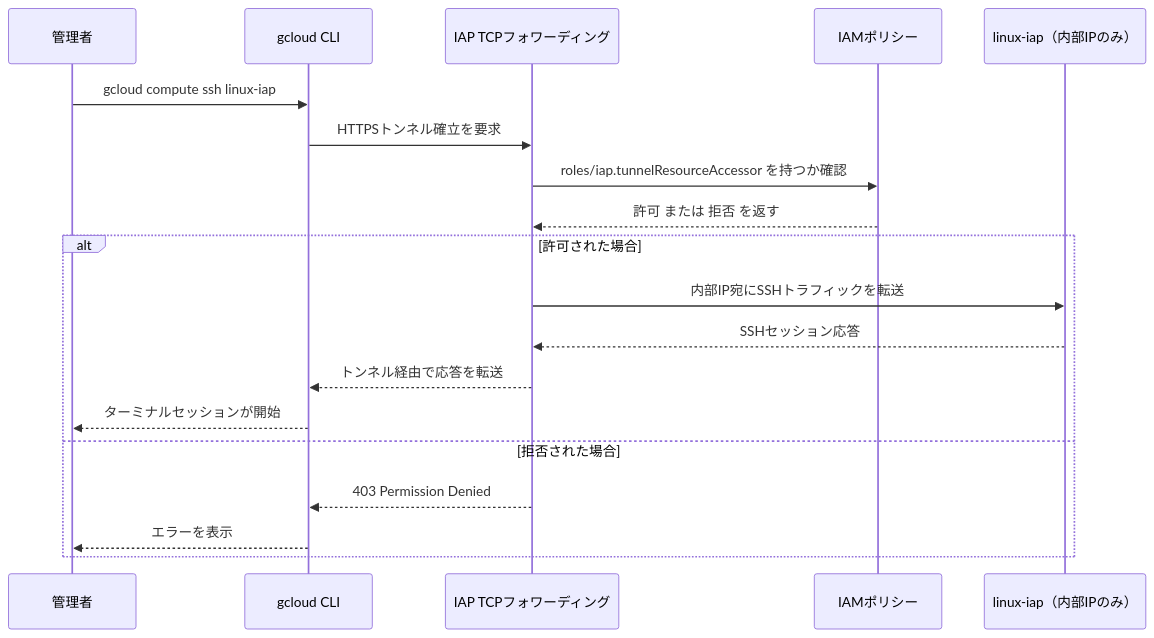
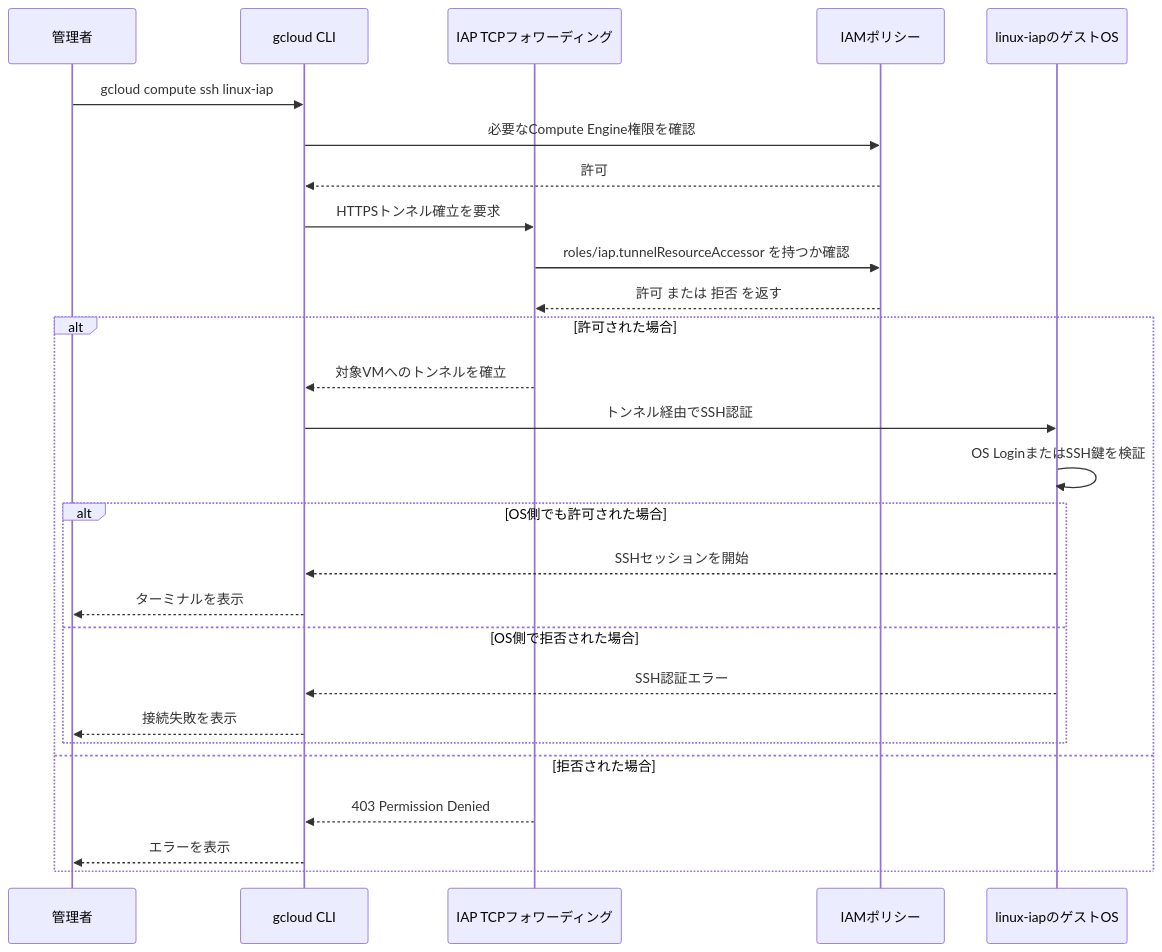
The third of 6 diagrams in Iap-tcp-forwarding-best-practices-guide.md (myoshi2891/Cloud-Infrastructure-Studies), drawn with Mermaid before and after one commit. The commit also changed other lines of this file, not shown here.

Commit message:
docs(iap): clarify tunnel and OS authorization

````diff
--- a/Iap-tcp-forwarding-best-practices-guide.md
+++ b/Iap-tcp-forwarding-best-practices-guide.md
@@ -178,22 +180,30 @@
 ```mermaid
 sequenceDiagram
     participant U as 管理者
     participant G as gcloud CLI
     participant IAP as IAP TCPフォワーディング
     participant IAM as IAMポリシー
-    participant VM as linux-iap（内部IPのみ）
+    participant OS as linux-iapのゲストOS
 
     U->>G: gcloud compute ssh linux-iap
+    G->>IAM: 必要なCompute Engine権限を確認
+    IAM-->>G: 許可
     G->>IAP: HTTPSトンネル確立を要求
     IAP->>IAM: roles/iap.tunnelResourceAccessor を持つか確認
     IAM-->>IAP: 許可 または 拒否 を返す
     alt 許可された場合
-        IAP->>VM: 内部IP宛にSSHトラフィックを転送
-        VM-->>IAP: SSHセッション応答
-        IAP-->>G: トンネル経由で応答を転送
-        G-->>U: ターミナルセッションが開始
+        IAP-->>G: 対象VMへのトンネルを確立
+        G->>OS: トンネル経由でSSH認証
+        OS->>OS: OS LoginまたはSSH鍵を検証
+        alt OS側でも許可された場合
+            OS-->>G: SSHセッションを開始
+            G-->>U: ターミナルを表示
+        else OS側で拒否された場合
+            OS-->>G: SSH認証エラー
+            G-->>U: 接続失敗を表示
+        end
     else 拒否された場合
         IAP-->>G: 403 Permission Denied
         G-->>U: エラーを表示
     end
 ```
````
